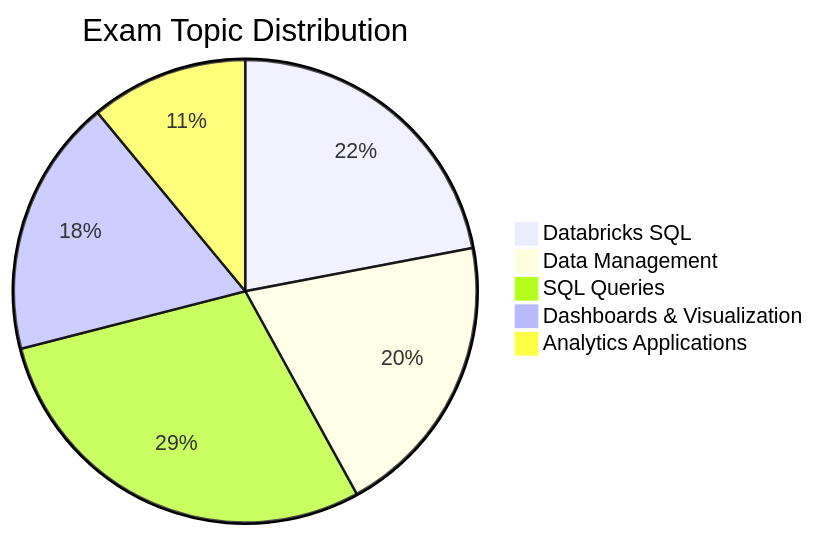
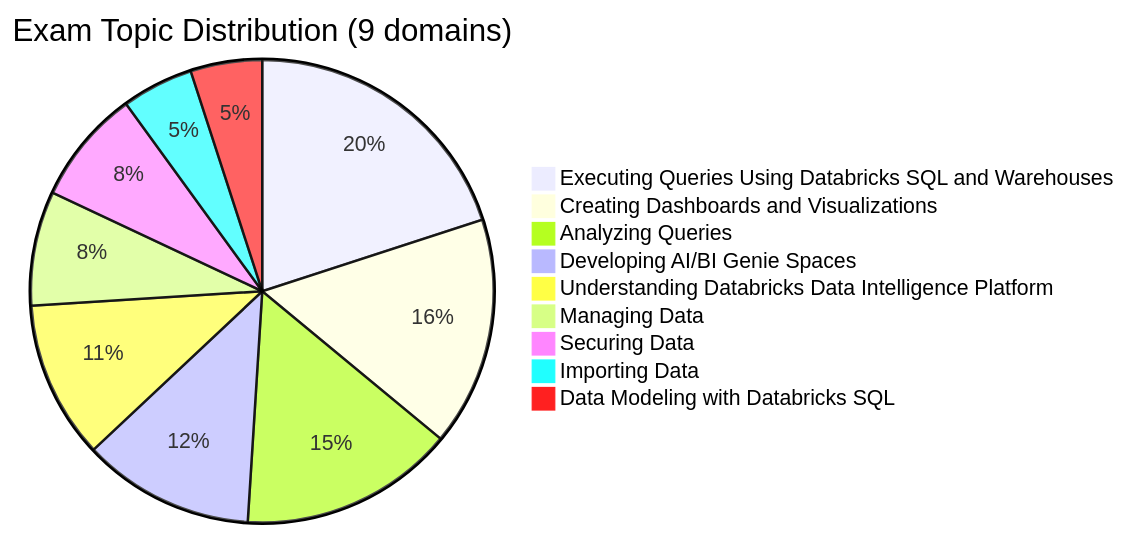
One commit to kengio/databricks-certification-study-guide changed the diagram in certifications/data-analyst-associate/README.md. Above: the diagram before and after it, drawn with Mermaid. The commit also changed other lines of this file and 16 other files, not shown here.

````diff
--- a/certifications/data-analyst-associate/README.md
+++ b/certifications/data-analyst-associate/README.md
@@ -29,8 +42,12 @@
 ```mermaid
-pie title Exam Topic Distribution
-    "Databricks SQL" : 22
-    "Data Management" : 20
-    "SQL Queries" : 29
-    "Dashboards & Visualization" : 18
-    "Analytics Applications" : 11
+pie title Exam Topic Distribution (9 domains)
+    "Executing Queries Using Databricks SQL and Warehouses" : 20
+    "Creating Dashboards and Visualizations" : 16
+    "Analyzing Queries" : 15
+    "Developing AI/BI Genie Spaces" : 12
+    "Understanding Databricks Data Intelligence Platform" : 11
+    "Managing Data" : 8
+    "Securing Data" : 8
+    "Importing Data" : 5
+    "Data Modeling with Databricks SQL" : 5
 ```
````
